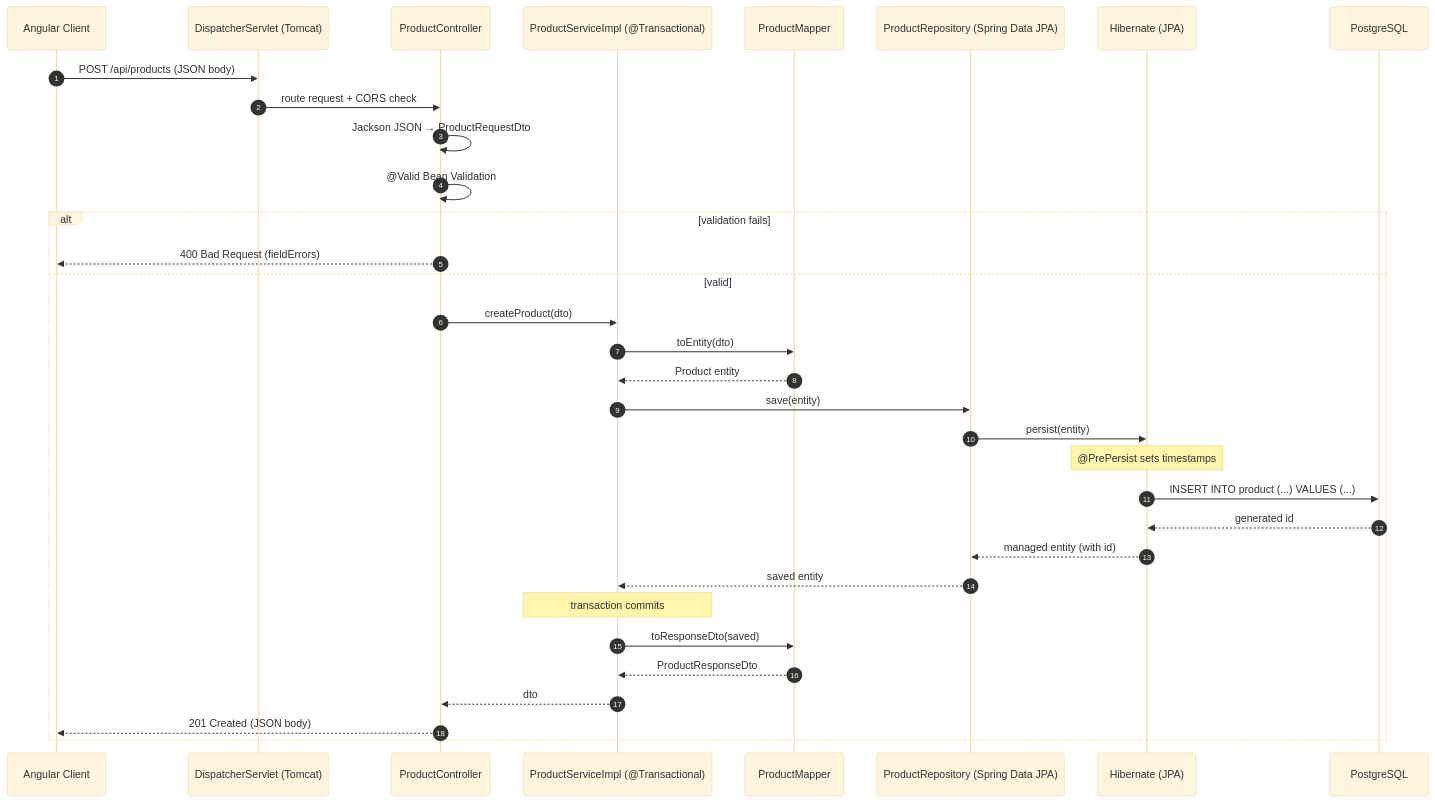
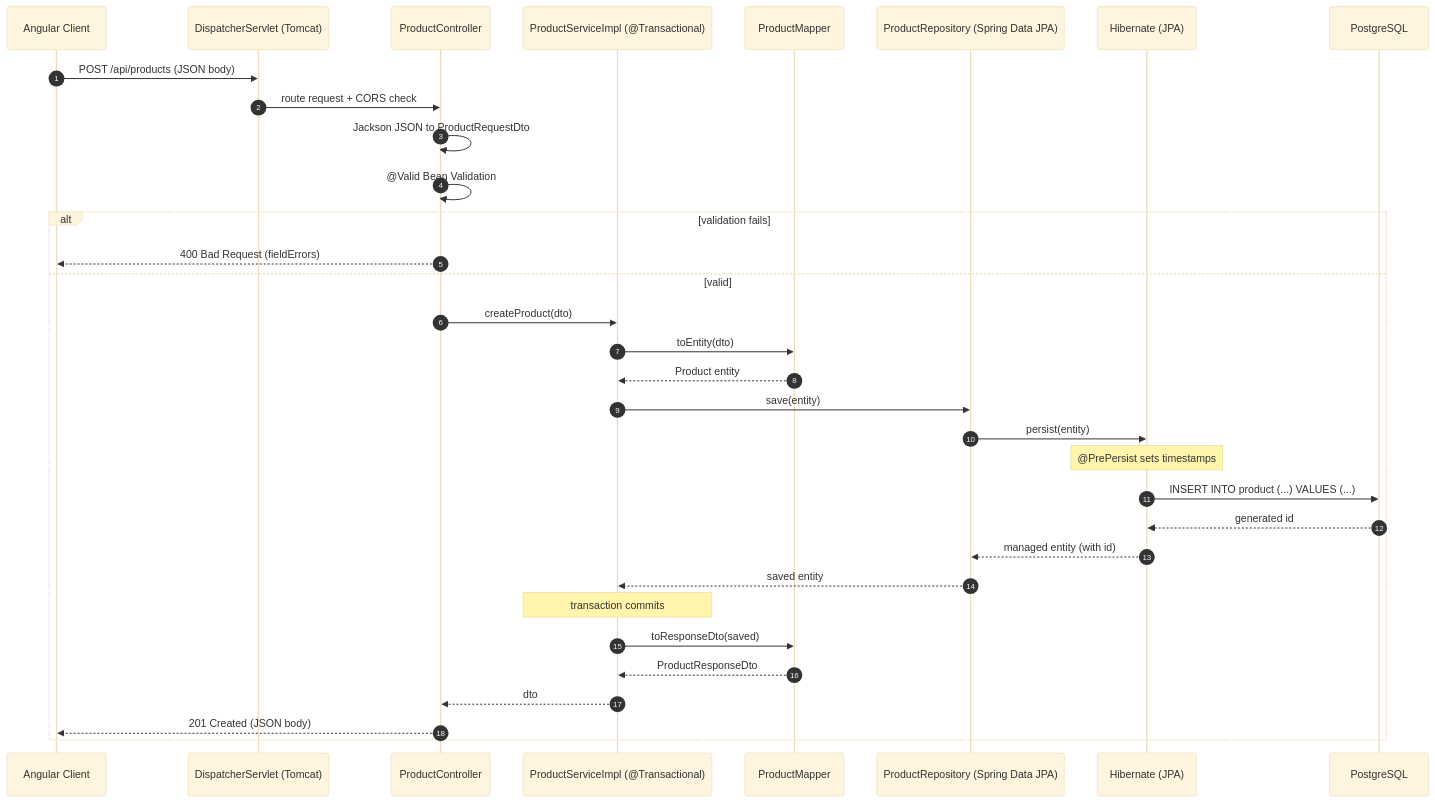
One commit to getdipakkumar2008-coder/AngularAppwithREST changed the diagram in docs/backend/phase6-request-flow.md. Above: the diagram before and after it, drawn with Mermaid (base theme). The commit also changed 1 other file, not shown here.

Commit message:
docs: split backend guide into per-phase files with Mermaid sequence diagram

````diff
--- a/docs/backend/phase6-request-flow.md
+++ b/docs/backend/phase6-request-flow.md
@@ -44,36 +44,36 @@
 ```mermaid
 sequenceDiagram
     autonumber
     participant C as Angular Client
     participant DS as DispatcherServlet (Tomcat)
     participant Ctrl as ProductController
     participant Svc as ProductServiceImpl (@Transactional)
     participant Map as ProductMapper
     participant Repo as ProductRepository (Spring Data JPA)
     participant Hib as Hibernate (JPA)
     participant DB as PostgreSQL
 
     C->>DS: POST /api/products (JSON body)
     DS->>Ctrl: route request + CORS check
-    Ctrl->>Ctrl: Jackson JSON → ProductRequestDto
+    Ctrl->>Ctrl: Jackson JSON to ProductRequestDto
     Ctrl->>Ctrl: @Valid Bean Validation
     alt validation fails
         Ctrl-->>C: 400 Bad Request (fieldErrors)
     else valid
         Ctrl->>Svc: createProduct(dto)
         Svc->>Map: toEntity(dto)
         Map-->>Svc: Product entity
         Svc->>Repo: save(entity)
         Repo->>Hib: persist(entity)
         Note over Hib: @PrePersist sets timestamps
         Hib->>DB: INSERT INTO product (...) VALUES (...)
         DB-->>Hib: generated id
         Hib-->>Repo: managed entity (with id)
         Repo-->>Svc: saved entity
         Note over Svc: transaction commits
         Svc->>Map: toResponseDto(saved)
         Map-->>Svc: ProductResponseDto
         Svc-->>Ctrl: dto
         Ctrl-->>C: 201 Created (JSON body)
     end
 ```
````
